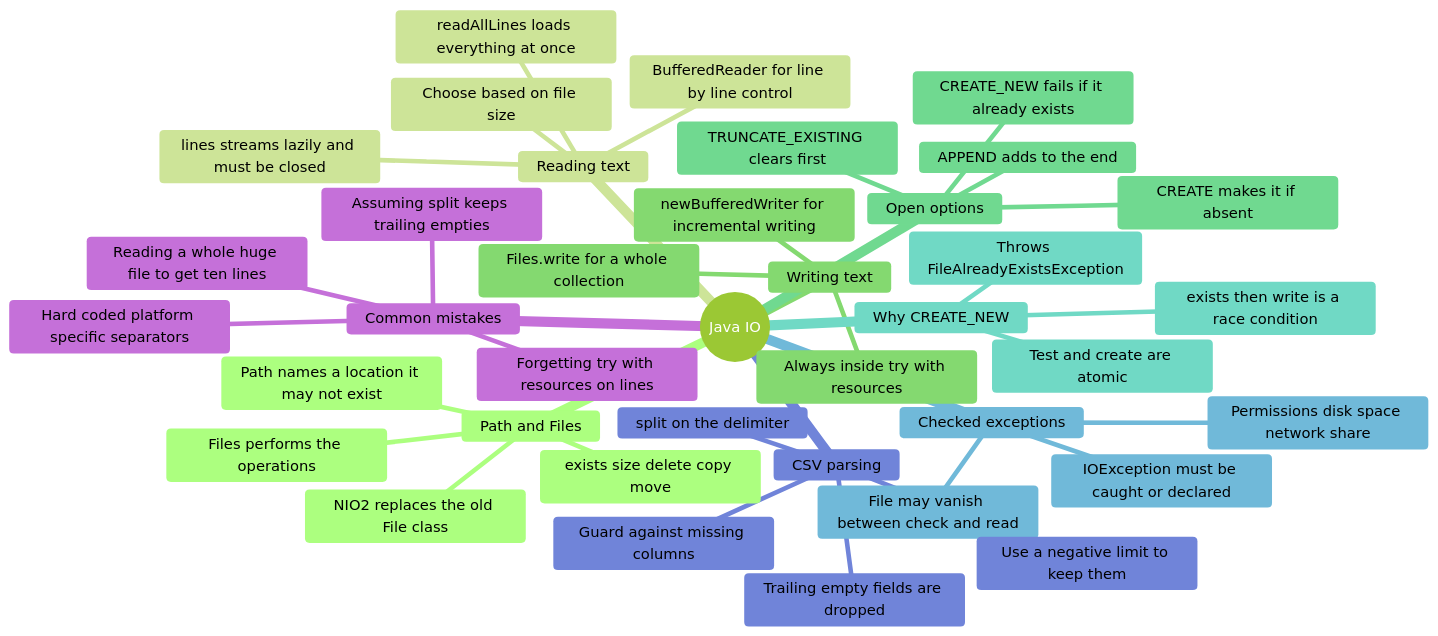
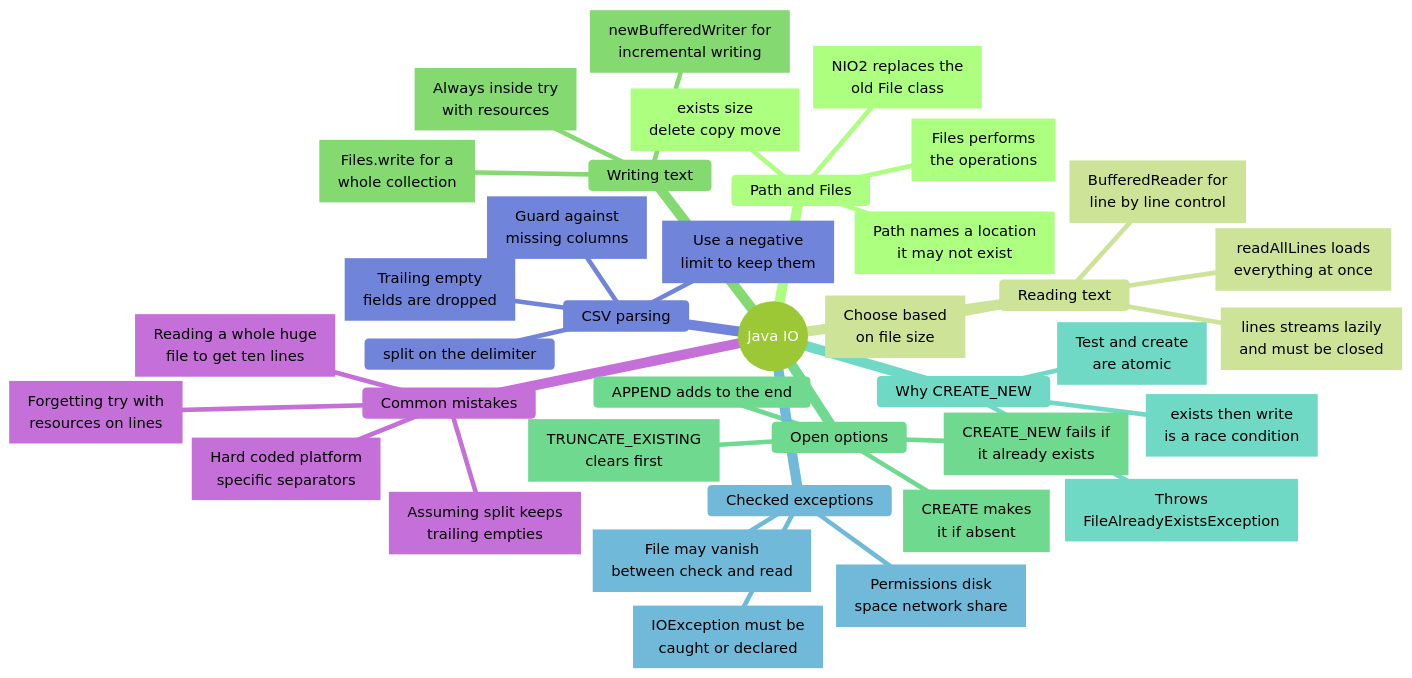
Before and after one commit to nmcguinness/L8-OOP-Module-Content: the ninth of 13 diagrams in notes/shared/mind maps/revision_t10_t22.md, drawn with Mermaid. The commit also changed other lines of this file and 421 other files, not shown here.

Commit message:
Updated mermaid diagrams and note layout for topics 9-24.

````diff
--- a/notes/shared/mind maps/revision_t10_t22.md
+++ b/notes/shared/mind maps/revision_t10_t22.md
@@ -1198,53 +1459,80 @@
 ```mermaid
 ---
 title: "Java IO"
 accDescr: "Mind map of Java IO. Branches: Path and Files; Reading text; Writing text; Open options; Why CREATE_NEW; Checked exceptions; CSV parsing; Common mistakes."
 ---
-%%{init: { "theme": "forest" }}%%
+%%{init: { "theme": "forest", "markdownAutoWrap": false, "mindmap": { "maxNodeWidth": 300 } }}%%
 mindmap
   root((Java IO))
     Path and Files
-      Path names a location it may not exist
-      Files performs the operations
-      exists size delete copy move
-      NIO2 replaces the old File class
+      n1["`Path names a location
+      it may not exist`"]
+      n2["`Files performs
+      the operations`"]
+      n3["`exists size
+      delete copy move`"]
+      n4["`NIO2 replaces the
+      old File class`"]
 
     Reading text
-      readAllLines loads everything at once
-      lines streams lazily and must be closed
-      BufferedReader for line by line control
-      Choose based on file size
+      n5["`readAllLines loads
+      everything at once`"]
+      n6["`lines streams lazily
+      and must be closed`"]
+      n7["`BufferedReader for
+      line by line control`"]
+      n8["`Choose based
+      on file size`"]
 
     Writing text
-      Files.write for a whole collection
-      newBufferedWriter for incremental writing
-      Always inside try with resources
+      n9["`Files.write for a
+      whole collection`"]
+      n10["`newBufferedWriter for
+      incremental writing`"]
+      n11["`Always inside try
+      with resources`"]
 
     Open options
-      CREATE makes it if absent
-      CREATE_NEW fails if it already exists
+      n12["`CREATE makes
+      it if absent`"]
+      n13["`CREATE_NEW fails if
+      it already exists`"]
       APPEND adds to the end
-      TRUNCATE_EXISTING clears first
+      n14["`TRUNCATE_EXISTING
+      clears first`"]
 
     Why CREATE_NEW
-      Test and create are atomic
-      exists then write is a race condition
-      Throws FileAlreadyExistsException
+      n15["`Test and create
+      are atomic`"]
+      n16["`exists then write
+      is a race condition`"]
+      n17["`Throws
+      FileAlreadyExistsException`"]
 
     Checked exceptions
-      IOException must be caught or declared
-      File may vanish between check and read
-      Permissions disk space network share
+      n18["`IOException must be
+      caught or declared`"]
+      n19["`File may vanish
+      between check and read`"]
+      n20["`Permissions disk
+      space network share`"]
 
     CSV parsing
       split on the delimiter
-      Trailing empty fields are dropped
-      Use a negative limit to keep them
-      Guard against missing columns
+      n21["`Trailing empty
+      fields are dropped`"]
+      n22["`Use a negative
+      limit to keep them`"]
+      n23["`Guard against
+      missing columns`"]
 
     Common mistakes
-      Forgetting try with resources on lines
-      Reading a whole huge file to get ten lines
-      Assuming split keeps trailing empties
-      Hard coded platform specific separators
+      n24["`Forgetting try with
+      resources on lines`"]
+      n25["`Reading a whole huge
+      file to get ten lines`"]
+      n26["`Assuming split keeps
+      trailing empties`"]
+      n27["`Hard coded platform
+      specific separators`"]
 ```
````
